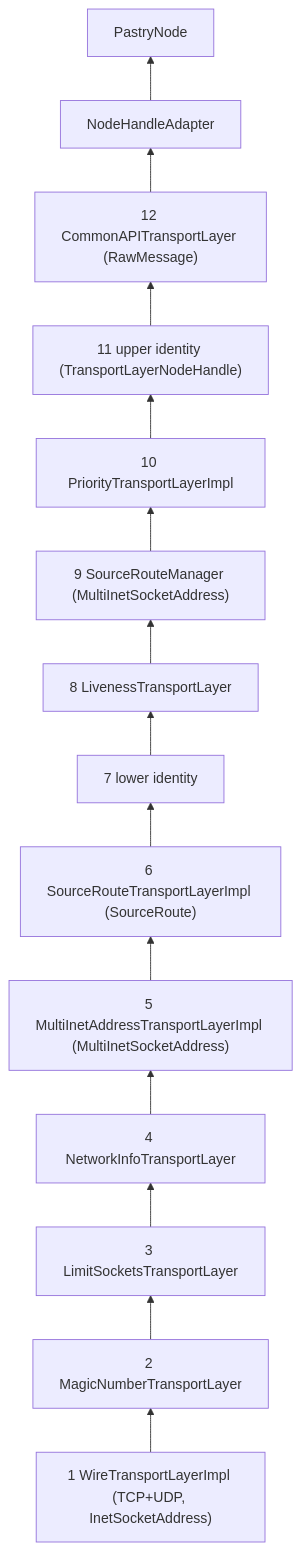
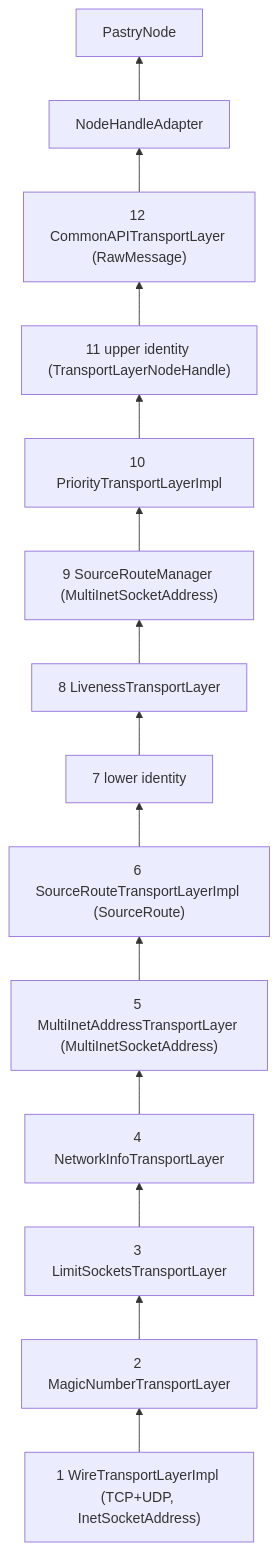
One commit to damoeb/freepastry changed the second of 2 diagrams in docs/ARCHITECTURE.md. Above: the diagram before and after it, drawn with Mermaid. The commit also changed other lines of this file and 12 other files, not shown here.

First line of the commit message:
r: collapse MultiInetAddressTransportLayer and MultiInetAddressTransportLayerImpl into MultiInetAddressTransportLayer

````diff
--- a/docs/ARCHITECTURE.md
+++ b/docs/ARCHITECTURE.md
@@ -219,7 +219,7 @@
 ```mermaid
 flowchart BT
   W["1 WireTransportLayerImpl (TCP+UDP, InetSocketAddress)"] --> M["2 MagicNumberTransportLayer"] --> LS["3 LimitSocketsTransportLayer"] --> NI["4 NetworkInfoTransportLayer"]
-  NI --> MA["5 MultiInetAddressTransportLayerImpl (MultiInetSocketAddress)"] --> SR["6 SourceRouteTransportLayerImpl (SourceRoute)"] --> LI["7 lower identity"] --> LV["8 LivenessTransportLayer"]
+  NI --> MA["5 MultiInetAddressTransportLayer (MultiInetSocketAddress)"] --> SR["6 SourceRouteTransportLayerImpl (SourceRoute)"] --> LI["7 lower identity"] --> LV["8 LivenessTransportLayer"]
   LV --> SRM["9 SourceRouteManager (MultiInetSocketAddress)"] --> PR["10 PriorityTransportLayerImpl"] --> UI["11 upper identity (TransportLayerNodeHandle)"] --> CA["12 CommonAPITransportLayer (RawMessage)"]
   CA --> NHA["NodeHandleAdapter"] --> PN["PastryNode"]
 ```
````
